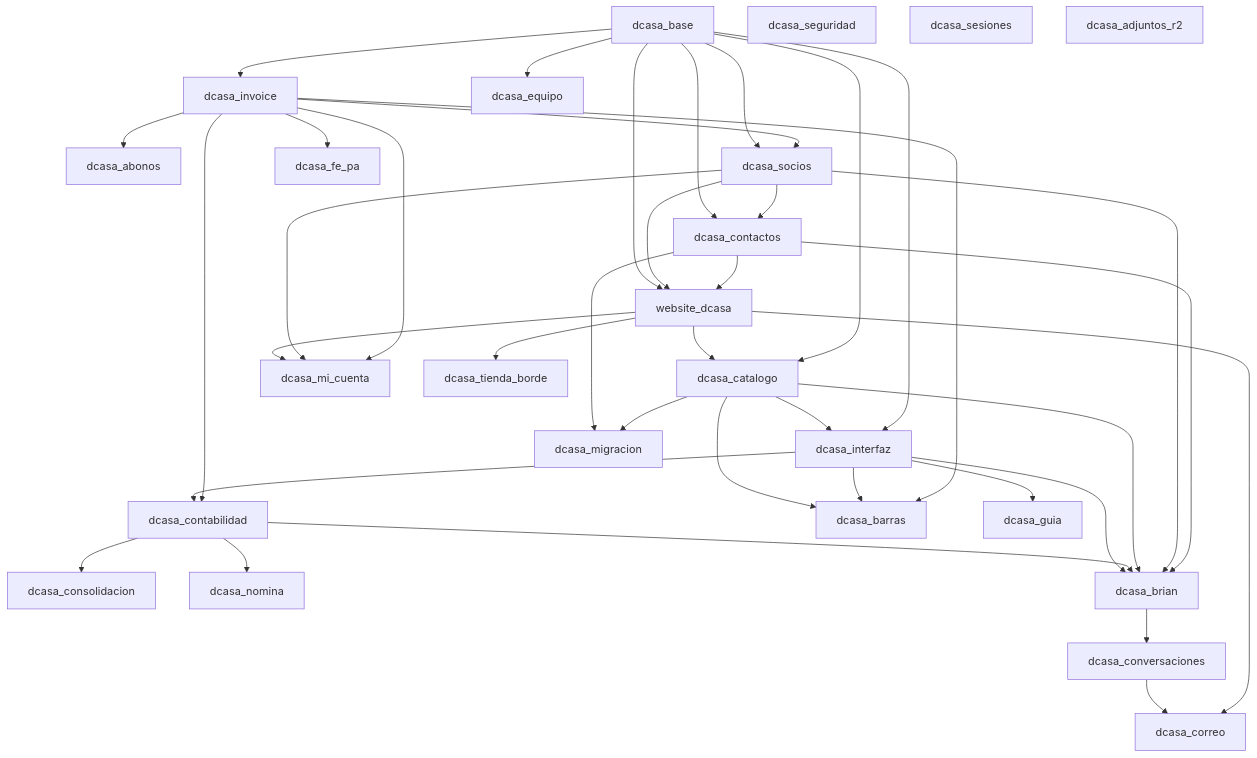
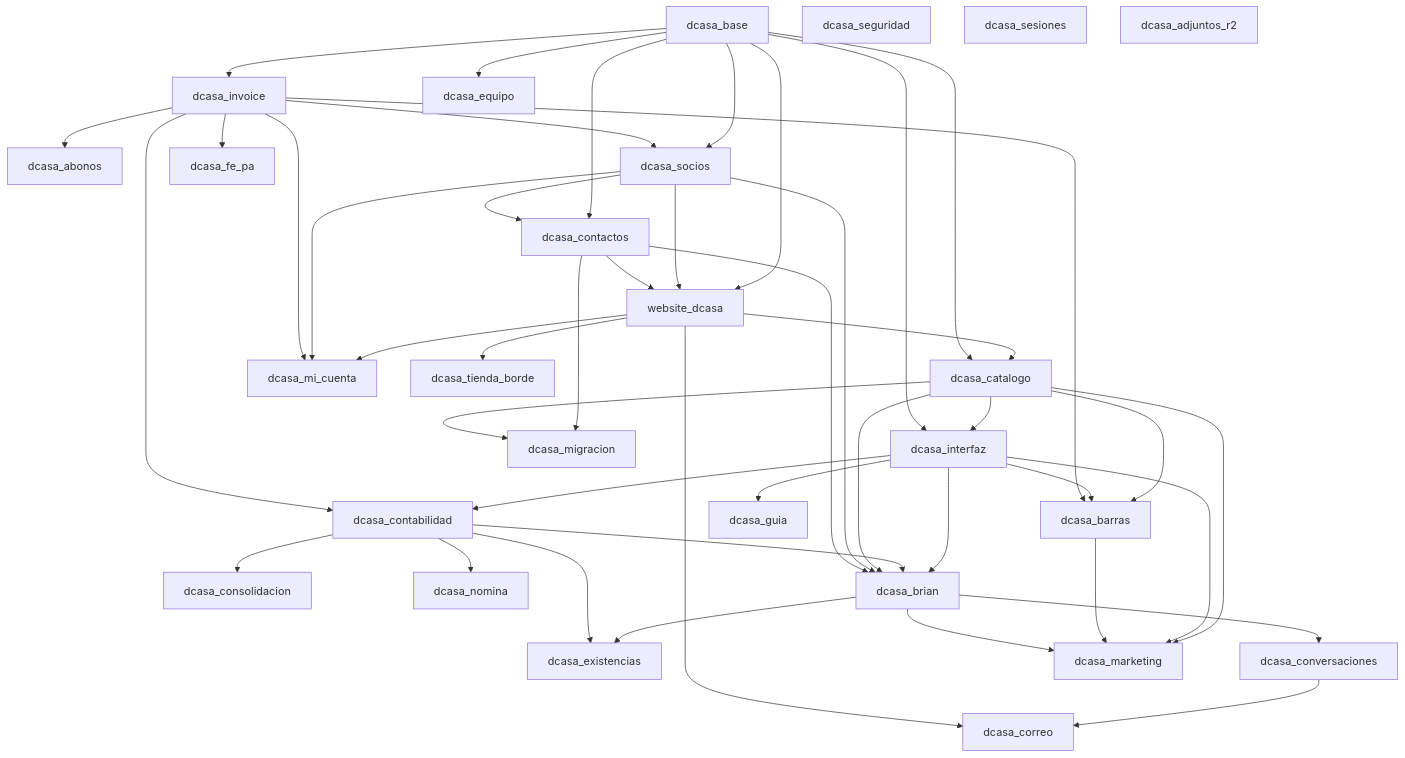
Before and after one commit to dcasapty/D_Casa_new_word: the diagram in docs/MODULOS.md, drawn with Mermaid. The commit also changed other lines of this file and 244 other files, not shown here.

````diff
--- a/docs/MODULOS.md
+++ b/docs/MODULOS.md
@@ -58,43 +60,49 @@
 ```mermaid
 flowchart TD
   base[dcasa_base] --> invoice[dcasa_invoice]
   invoice --> abonos[dcasa_abonos]
   base --> socios[dcasa_socios]
   invoice --> socios
   base --> contactos[dcasa_contactos]
   socios --> contactos
   base --> web[website_dcasa]
   socios --> web
   contactos --> web
   web --> catalogo[dcasa_catalogo]
   base --> catalogo
   catalogo --> interfaz[dcasa_interfaz]
   base --> interfaz
   web --> micuenta[dcasa_mi_cuenta]
   socios --> micuenta
   invoice --> micuenta
   interfaz --> conta[dcasa_contabilidad]
   invoice --> conta
   conta --> conso[dcasa_consolidacion]
   conta --> nomina[dcasa_nomina]
   base --> equipo[dcasa_equipo]
   catalogo --> barras[dcasa_barras]
   interfaz --> barras
   invoice --> barras
+  brian --> existencias[dcasa_existencias]
+  conta --> existencias
   interfaz --> brian[dcasa_brian]
   conta --> brian
   catalogo --> brian
   socios --> brian
   contactos --> brian
   brian --> conv[dcasa_conversaciones]
   conv --> correo[dcasa_correo]
   web --> correo
   interfaz --> guia[dcasa_guia]
+  catalogo --> marketing[dcasa_marketing]
+  interfaz --> marketing
+  barras --> marketing
+  brian --> marketing
   contactos --> migracion[dcasa_migracion]
   catalogo --> migracion
   invoice --> fe[dcasa_fe_pa]
   web --> borde[dcasa_tienda_borde]
   seguridad[dcasa_seguridad]
   sesiones[dcasa_sesiones]
   r2[dcasa_adjuntos_r2]
 ```
````
